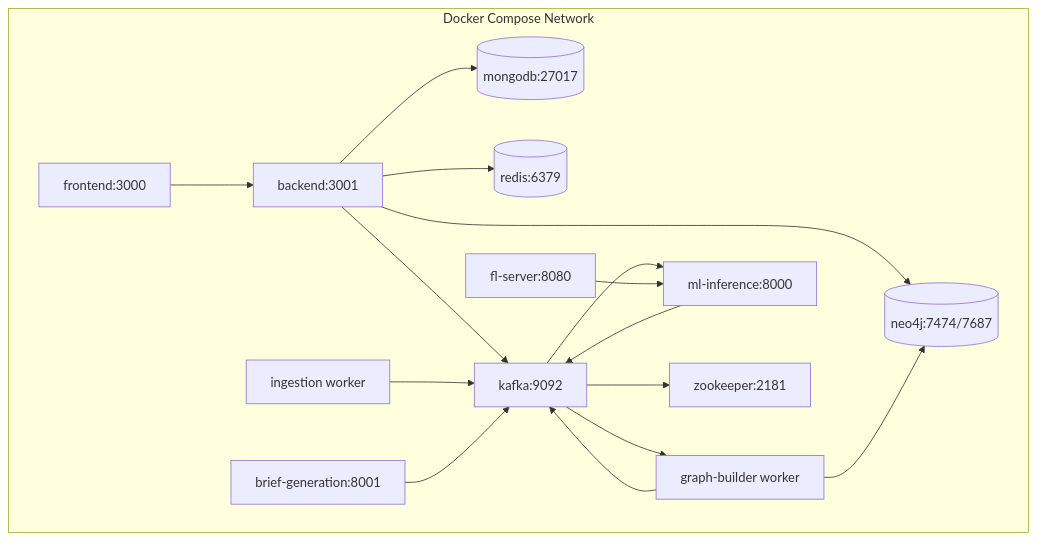
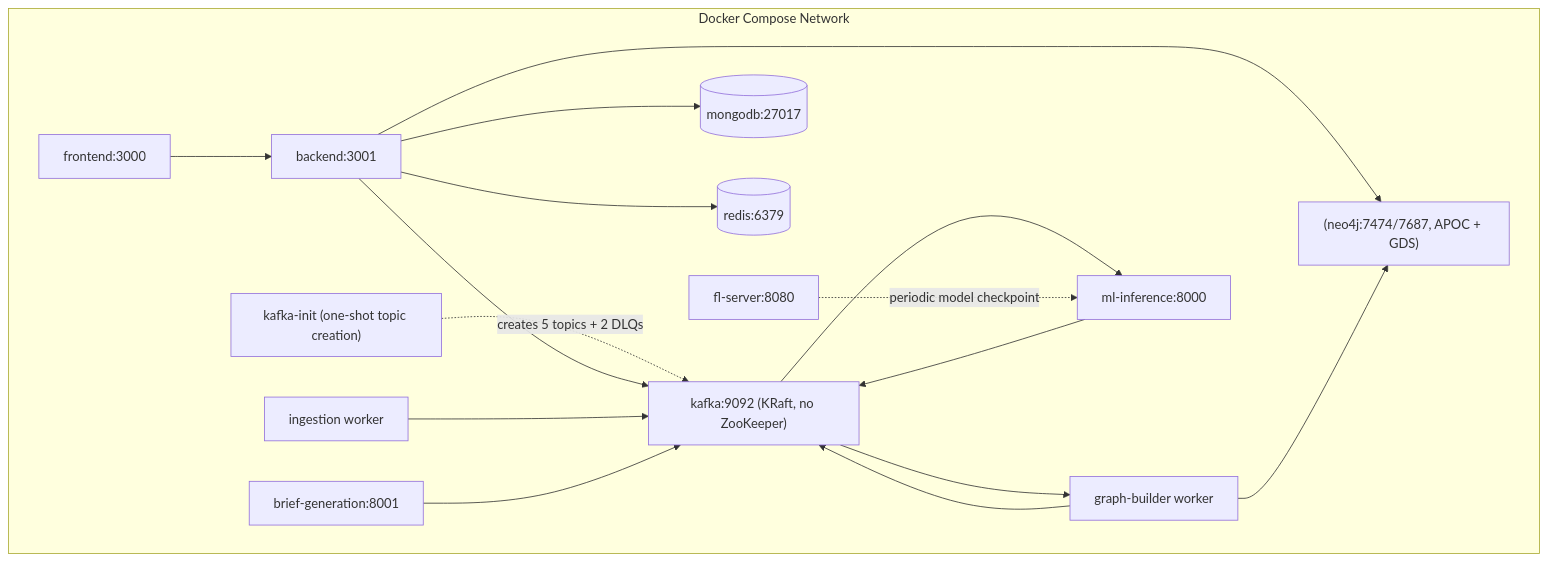
Before and after one commit to Anishreddy-gith/sentinelmesh: the third of 3 diagrams in docs/architecture.md, drawn with Mermaid. The commit also changed other lines of this file and 2 other files, not shown here.

````diff
--- a/docs/architecture.md
+++ b/docs/architecture.md
@@ -119,32 +128,32 @@
 ```mermaid
 flowchart TB
   subgraph DockerCompose[Docker Compose Network]
     Frontend[frontend:3000]
     Backend[backend:3001]
     MLInfer[ml-inference:8000]
     BriefGen[brief-generation:8001]
     FLServer[fl-server:8080]
-    Kafka[kafka:9092]
-    Zookeeper[zookeeper:2181]
+    Kafka["kafka:9092 (KRaft, no ZooKeeper)"]
+    KafkaInit["kafka-init (one-shot topic creation)"]
     Mongo[(mongodb:27017)]
-    Neo4j[(neo4j:7474/7687)]
+    Neo4j["(neo4j:7474/7687, APOC + GDS)"]
     Redis[(redis:6379)]
     Ingestion[ingestion worker]
     GraphBuilder[graph-builder worker]
   end
 
+  KafkaInit -. creates 5 topics + 2 DLQs .-> Kafka
   Frontend --> Backend
   Backend --> Mongo
   Backend --> Neo4j
   Backend --> Redis
   Backend --> Kafka
   Ingestion --> Kafka
   Kafka --> GraphBuilder
   GraphBuilder --> Neo4j
   GraphBuilder --> Kafka
   Kafka --> MLInfer
   MLInfer --> Kafka
   BriefGen --> Kafka
-  FLServer --> MLInfer
-  Kafka --> Zookeeper
+  FLServer -. periodic model checkpoint .-> MLInfer
 ```
````
